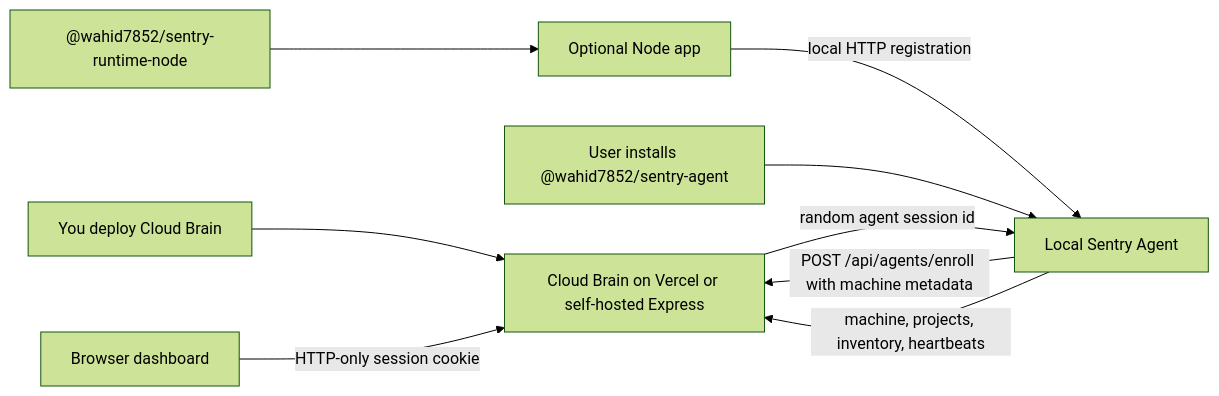
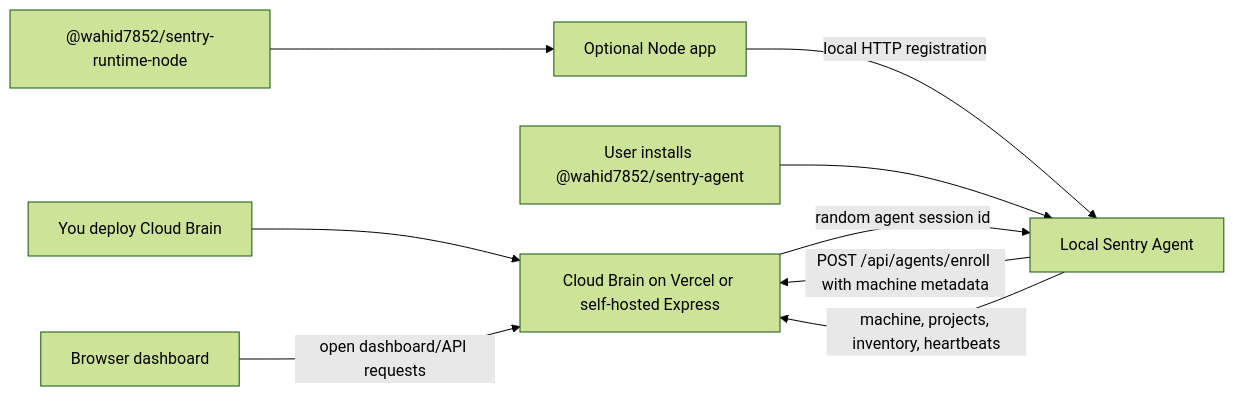
Before and after one commit to 0-Shimanshu/trawld: the diagram in README.md, drawn with Mermaid (forest theme). The commit also changed other lines of this file and 22 other files, not shown here.

Commit message:
feat: open cloud brain and optimize sync

````diff
--- a/README.md
+++ b/README.md
@@ -21,11 +21,11 @@
 ```mermaid
 flowchart LR
   Owner["You deploy Cloud Brain"] --> Cloud["Cloud Brain on Vercel or self-hosted Express"]
   User["User installs @wahid7852/sentry-agent"] --> Agent["Local Sentry Agent"]
   Agent -->|"POST /api/agents/enroll with machine metadata"| Cloud
   Cloud -->|"random agent session id"| Agent
   Agent -->|"machine, projects, inventory, heartbeats"| Cloud
-  Dashboard["Browser dashboard"] -->|"HTTP-only session cookie"| Cloud
+  Dashboard["Browser dashboard"] -->|"open dashboard/API requests"| Cloud
   App["Optional Node app"] -->|"local HTTP registration"| Agent
   Hook["@wahid7852/sentry-runtime-node"] --> App
 ```
````
